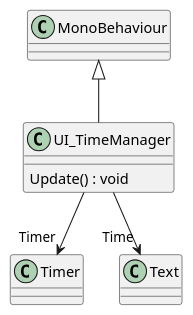
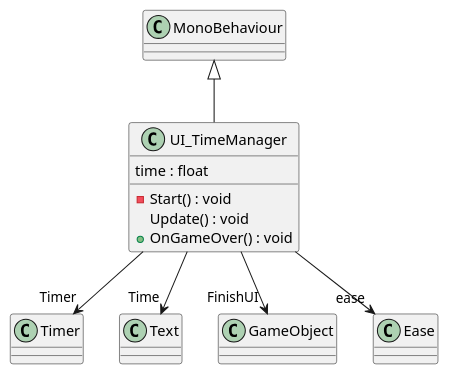
One commit to MainCastle1212/EverythingEater changed the diagram in plantuml/UIs/UI_TimeManager.puml. Above: the diagram before and after it, drawn with PlantUML. The commit also changed 36 other files, not shown here.

```diff
--- a/plantuml/UIs/UI_TimeManager.puml
+++ b/plantuml/UIs/UI_TimeManager.puml
@@ -1,8 +1,13 @@
 @startuml
 class UI_TimeManager {
+    time : float
+    - Start() : void
     Update() : void
+    + OnGameOver() : void
 }
 MonoBehaviour <|-- UI_TimeManager
 UI_TimeManager --> "Timer" Timer
 UI_TimeManager --> "Time" Text
+UI_TimeManager --> "FinishUI" GameObject
+UI_TimeManager --> "ease" Ease
 @enduml
```
